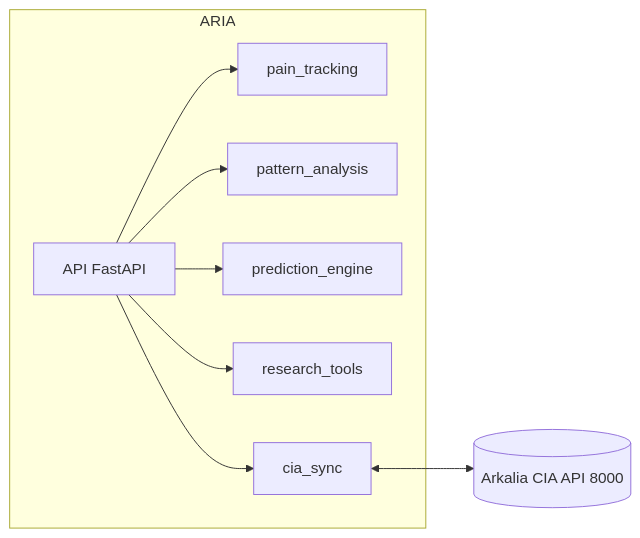
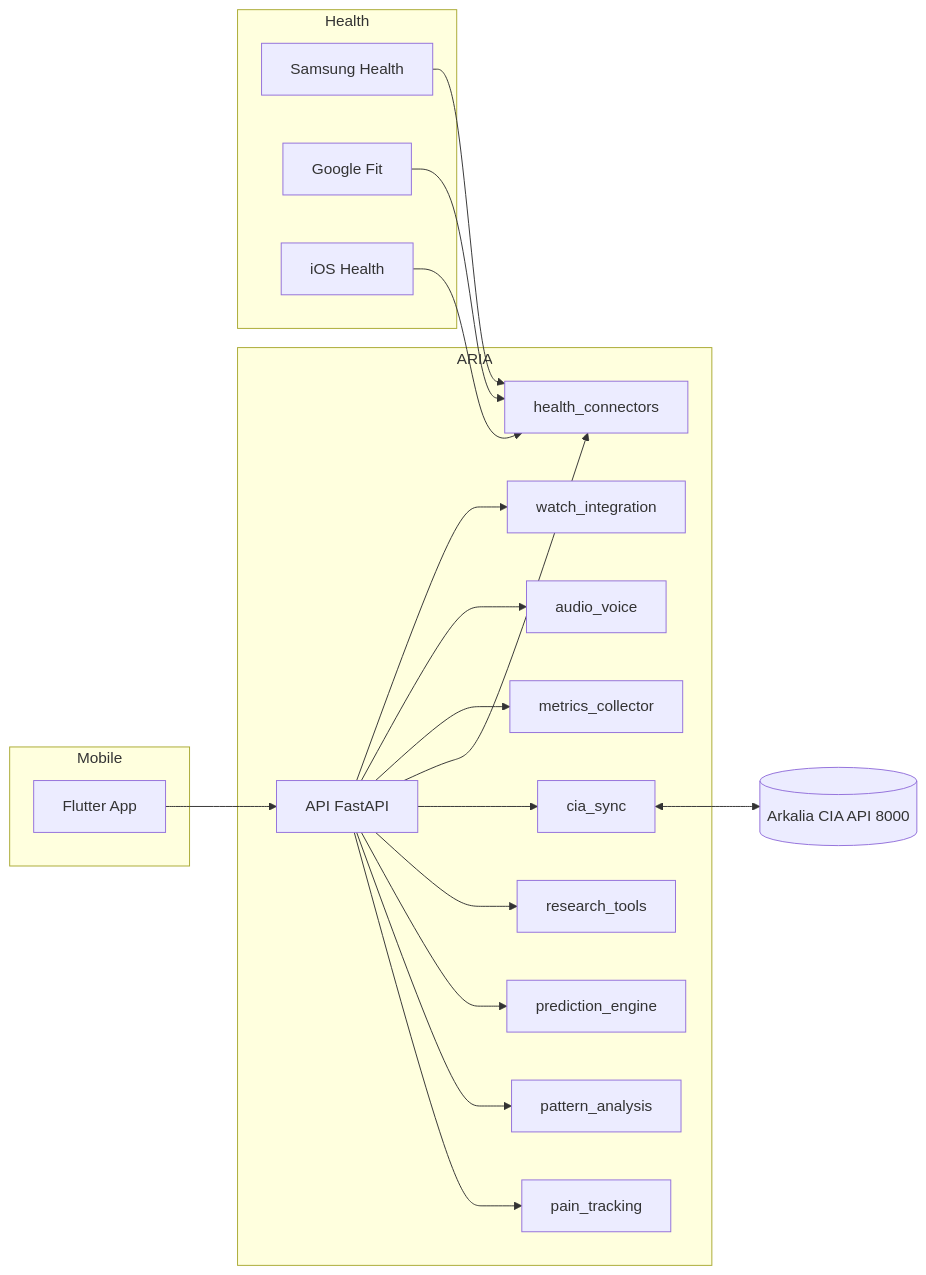
Before and after one commit to arkalia-luna-system/Arkalia-aria: the diagram in README.md, drawn with Mermaid. The commit also changed other lines of this file and 89 other files, not shown here.

````diff
--- a/README.md
+++ b/README.md
@@ -57,11 +62,26 @@
 ```mermaid
 flowchart LR
   subgraph ARIA
     A[API FastAPI] --> P[pain_tracking]
     A --> AN[pattern_analysis]
     A --> PR[prediction_engine]
     A --> R[research_tools]
     A --> S[cia_sync]
+    A --> H[health_connectors]
+    A --> M[metrics_collector]
+    A --> V[audio_voice]
+    A --> W[watch_integration]
   end
+  
+  subgraph Mobile
+    F[Flutter App] --> A
+  end
+  
+  subgraph Health
+    SH[Samsung Health] --> H
+    GF[Google Fit] --> H
+    IH[iOS Health] --> H
+  end
+  
   S <--> CIA[(Arkalia CIA API 8000)]
 ```
````
